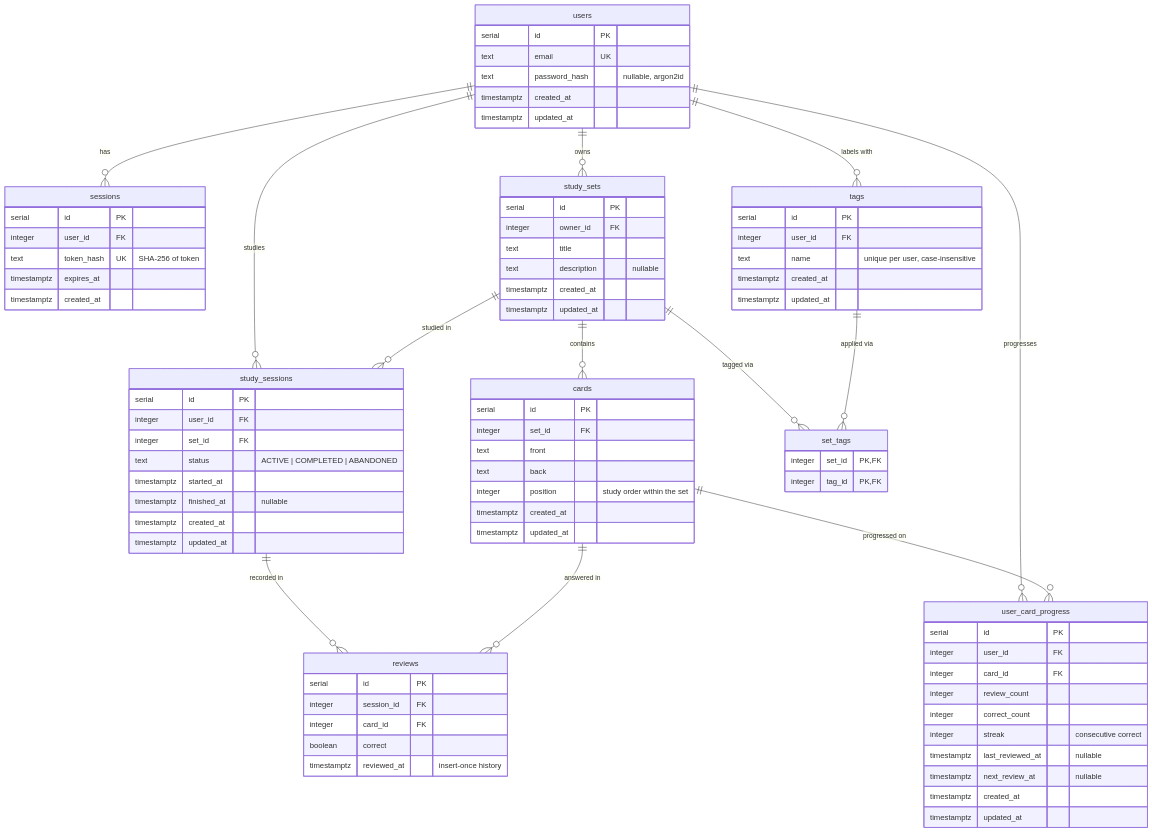
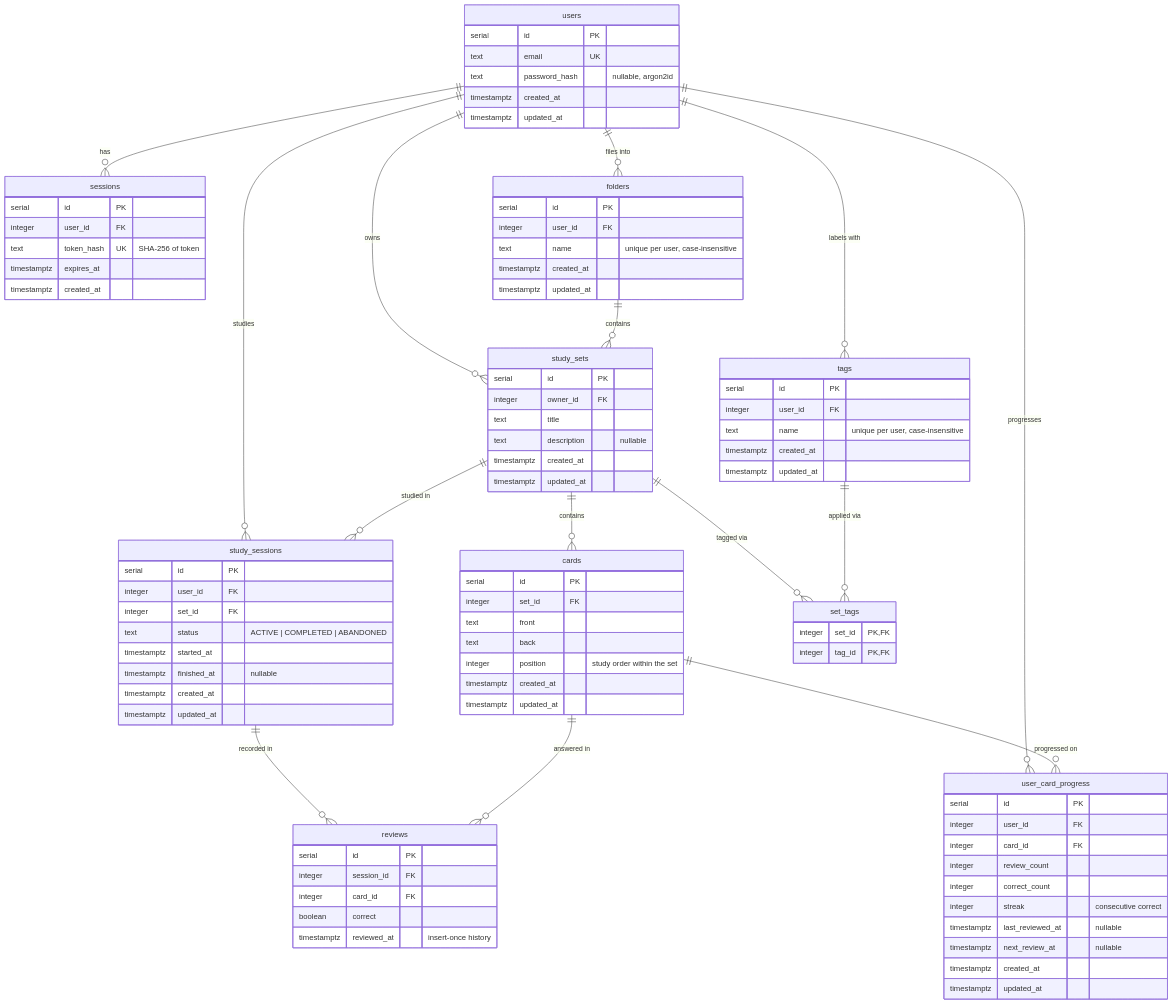
Before and after one commit to danisolation/recall: the diagram in docs/database/schema.md, drawn with Mermaid. The commit also changed other lines of this file and 5 other files, not shown here.

Commit message:
feat(db): folders table and study_sets.folder_id

````diff
--- a/docs/database/schema.md
+++ b/docs/database/schema.md
@@ -136,6 +149,8 @@
     users ||--o{ tags : "labels with"
     study_sets ||--o{ set_tags : "tagged via"
     tags ||--o{ set_tags : "applied via"
+    users ||--o{ folders : "files into"
+    folders ||--o{ study_sets : "contains"
     users {
         serial id PK
         text email UK
@@ -207,4 +222,11 @@
         integer set_id PK, FK
         integer tag_id PK, FK
     }
+    folders {
+        serial id PK
+        integer user_id FK
+        text name "unique per user, case-insensitive"
+        timestamptz created_at
+        timestamptz updated_at
+    }
 ```
````
